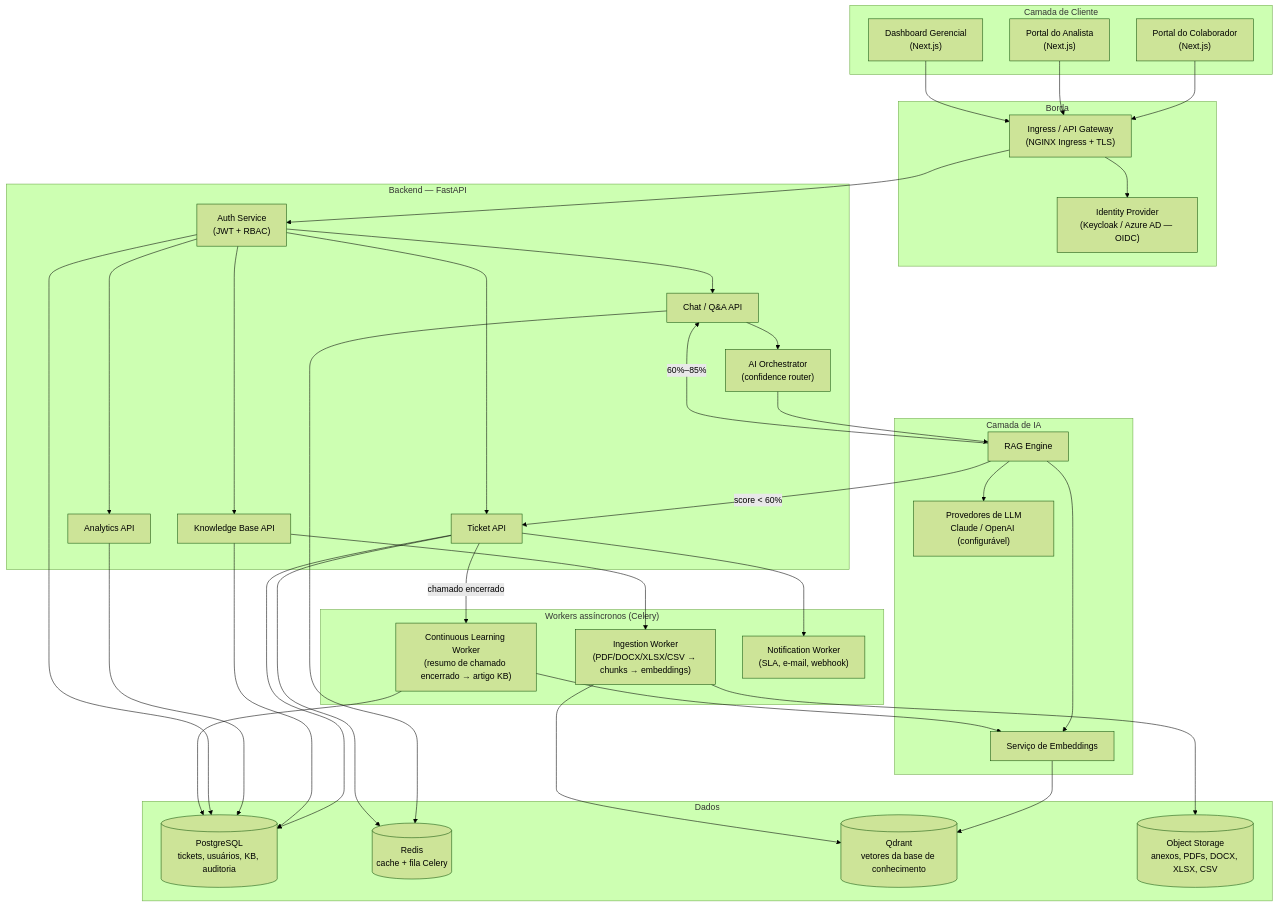
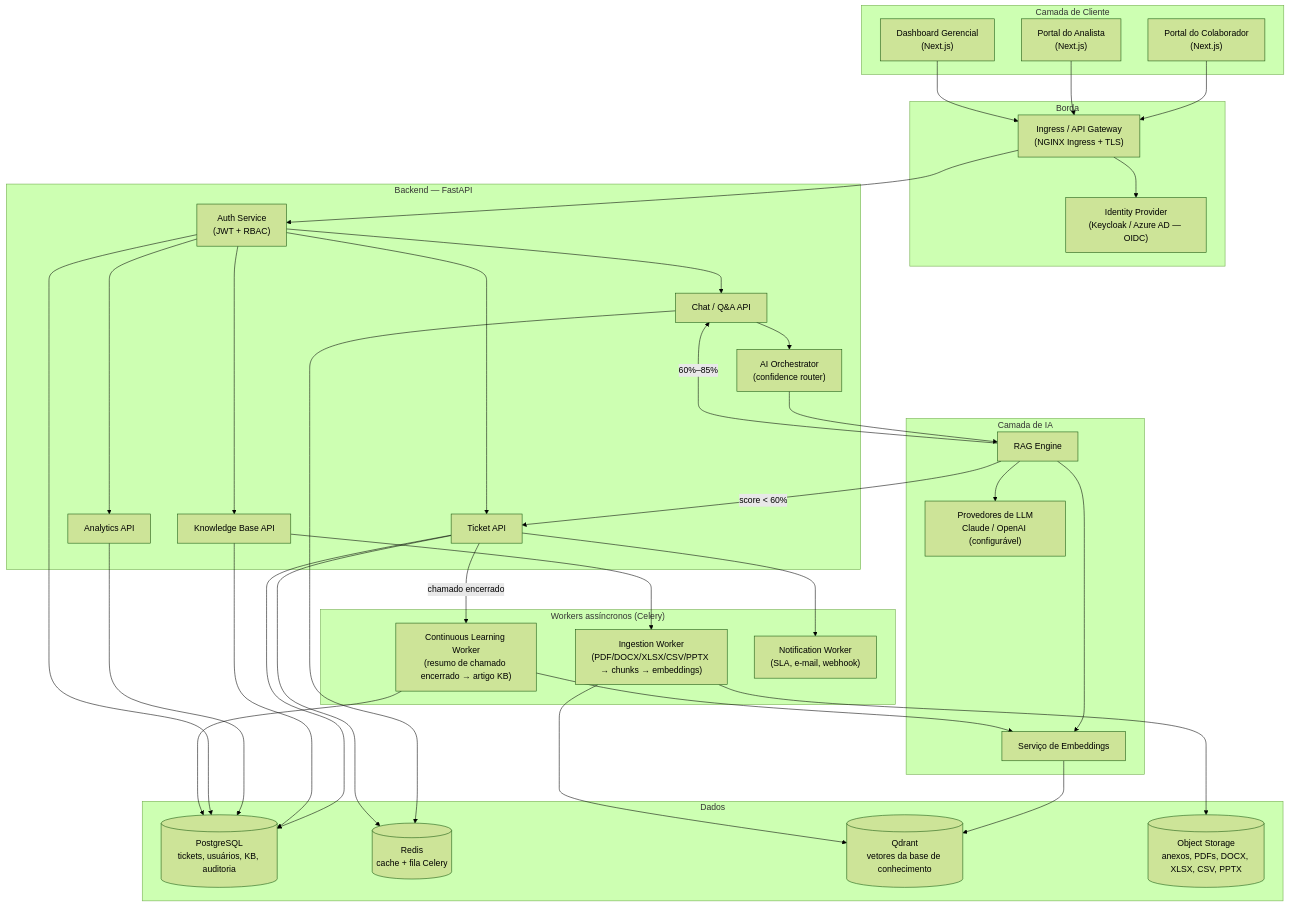
The first of 3 diagrams in docs/ARCHITECTURE.md (loamygoncalves/Sistema-de-Chamado-DP---IA), drawn with Mermaid (forest theme) before and after one commit. The commit also changed other lines of this file and 16 other files, not shown here.

````diff
--- a/docs/ARCHITECTURE.md
+++ b/docs/ARCHITECTURE.md
@@ -12,70 +12,70 @@
 ```mermaid
 flowchart TB
     subgraph Client["Camada de Cliente"]
         Portal["Portal do Colaborador<br/>(Next.js)"]
         Analyst["Portal do Analista<br/>(Next.js)"]
         Dash["Dashboard Gerencial<br/>(Next.js)"]
     end
 
     subgraph Edge["Borda"]
         IngressGW["Ingress / API Gateway<br/>(NGINX Ingress + TLS)"]
         SSO["Identity Provider<br/>(Keycloak / Azure AD — OIDC)"]
     end
 
     subgraph API["Backend — FastAPI"]
         Auth["Auth Service<br/>(JWT + RBAC)"]
         ChatAPI["Chat / Q&A API"]
         TicketAPI["Ticket API"]
         KBAPI["Knowledge Base API"]
         DashAPI["Analytics API"]
         Orchestrator["AI Orchestrator<br/>(confidence router)"]
     end
 
     subgraph AI["Camada de IA"]
         RAG["RAG Engine"]
         Providers["Provedores de LLM<br/>Claude / OpenAI (configurável)"]
         Embedder["Serviço de Embeddings"]
     end
 
     subgraph Data["Dados"]
         PG[("PostgreSQL<br/>tickets, usuários, KB, auditoria")]
         Redis[("Redis<br/>cache + fila Celery")]
         Qdrant[("Qdrant<br/>vetores da base de conhecimento")]
-        Blob[("Object Storage<br/>anexos, PDFs, DOCX, XLSX, CSV")]
+        Blob[("Object Storage<br/>anexos, PDFs, DOCX, XLSX, CSV, PPTX")]
     end
 
     subgraph Workers["Workers assíncronos (Celery)"]
-        Ingest["Ingestion Worker<br/>(PDF/DOCX/XLSX/CSV → chunks → embeddings)"]
+        Ingest["Ingestion Worker<br/>(PDF/DOCX/XLSX/CSV/PPTX → chunks → embeddings)"]
         Learn["Continuous Learning Worker<br/>(resumo de chamado encerrado → artigo KB)"]
         Notify["Notification Worker<br/>(SLA, e-mail, webhook)"]
     end
 
     Portal --> IngressGW
     Analyst --> IngressGW
     Dash --> IngressGW
     IngressGW --> SSO
     IngressGW --> Auth
     Auth --> ChatAPI & TicketAPI & KBAPI & DashAPI
 
     ChatAPI --> Orchestrator
     Orchestrator --> RAG
     RAG --> Embedder --> Qdrant
     RAG --> Providers
     RAG -->|score < 60%| TicketAPI
     RAG -->|"60%–85%"| ChatAPI
 
     TicketAPI --> PG
     KBAPI --> PG
     DashAPI --> PG
     Auth --> PG
     ChatAPI --> Redis
     TicketAPI --> Redis
 
     TicketAPI -->|chamado encerrado| Learn
     Learn --> PG
     Learn --> Embedder
     KBAPI --> Ingest
     Ingest --> Blob
     Ingest --> Qdrant
     TicketAPI --> Notify
 ```
````
